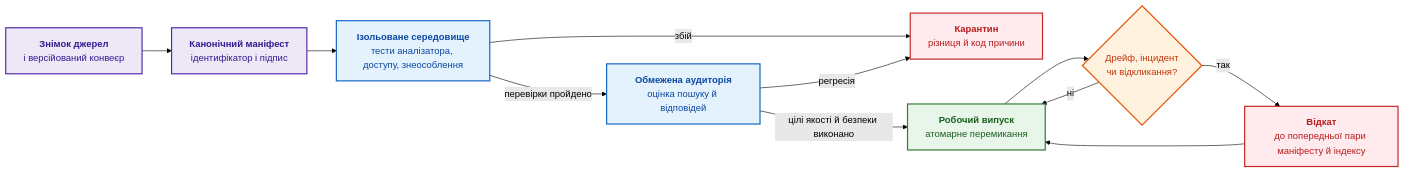
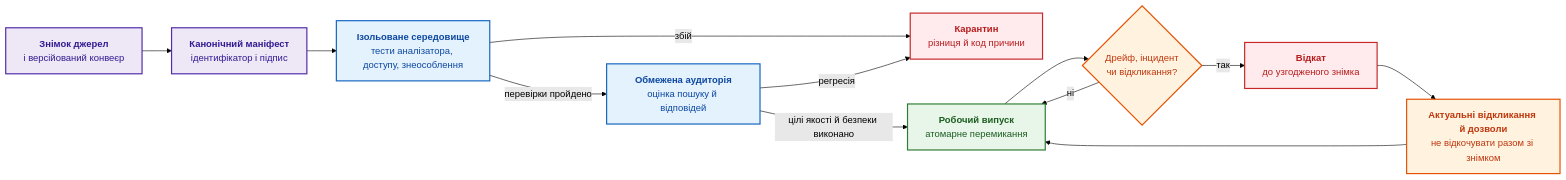
The eighth of 9 diagrams in ExpertSystem/ch10-knowledge-acquisition-systems.md (nick-fedchik/articles), drawn with Mermaid (forest theme) before and after one commit. The commit also changed other lines of this file and 20 other files, not shown here.

````diff
--- a/ExpertSystem/ch10-knowledge-acquisition-systems.md
+++ b/ExpertSystem/ch10-knowledge-acquisition-systems.md
@@ -711,28 +732,29 @@
 ```mermaid
 flowchart LR
     accTitle: Поетапний випуск бази знань
-    accDescr: Знімок джерел і версійований конвеєр дають підписаний маніфест, випуск проходить ізольоване середовище, обмежену аудиторію й атомарне перемикання робочого випуску з можливістю відкату.
+    accDescr: Випуск проходить перевірки й атомарне перемикання; відкат повертає попередній знімок, але реєстр актуальних відкликань залишається чинним.
 
     Build["<b>Знімок джерел</b><br/>і версійований конвеєр"] --> Manifest["<b>Канонічний маніфест</b><br/>ідентифікатор і підпис"]
     Manifest --> Sandbox["<b>Ізольоване середовище</b><br/>тести аналізатора, доступу, знеособлення"]
     Sandbox -->|"перевірки пройдено"| Canary["<b>Обмежена аудиторія</b><br/>оцінка пошуку й відповідей"]
     Sandbox -->|"збій"| Quarantine["<b>Карантин</b><br/>різниця й код причини"]
     Canary -->|"цілі якості й безпеки виконано"| Production["<b>Робочий випуск</b><br/>атомарне перемикання"]
     Canary -->|"регресія"| Quarantine
     Production --> Monitor{"Дрейф, інцидент<br/>чи відкликання?"}
     Monitor -->|"ні"| Production
-    Monitor -->|"так"| Rollback["<b>Відкат</b><br/>до попередньої пари маніфесту й індексу"]
-    Rollback --> Production
+    Monitor -->|"так"| Rollback["<b>Відкат</b><br/>до узгодженого знімка"]
+    Rollback --> Guard["<b>Актуальні відкликання й дозволи</b><br/>не відкочувати разом зі знімком"]
+    Guard --> Production
 
     classDef prep fill:#ede7f6,stroke:#512da8,stroke-width:2px,color:#311b92;
     classDef test fill:#e3f2fd,stroke:#1565c0,stroke-width:2px,color:#0d47a1;
     classDef prod fill:#e8f5e9,stroke:#2e7d32,stroke-width:2px,color:#1b5e20;
     classDef bad fill:#ffebee,stroke:#c62828,stroke-width:2px,color:#b71c1c;
     classDef mon fill:#fff3e0,stroke:#e65100,stroke-width:2px,color:#bf360c;
 
     class Build,Manifest prep;
     class Sandbox,Canary test;
     class Production prod;
     class Quarantine,Rollback bad;
-    class Monitor mon;
+    class Monitor,Guard mon;
 ```
````
